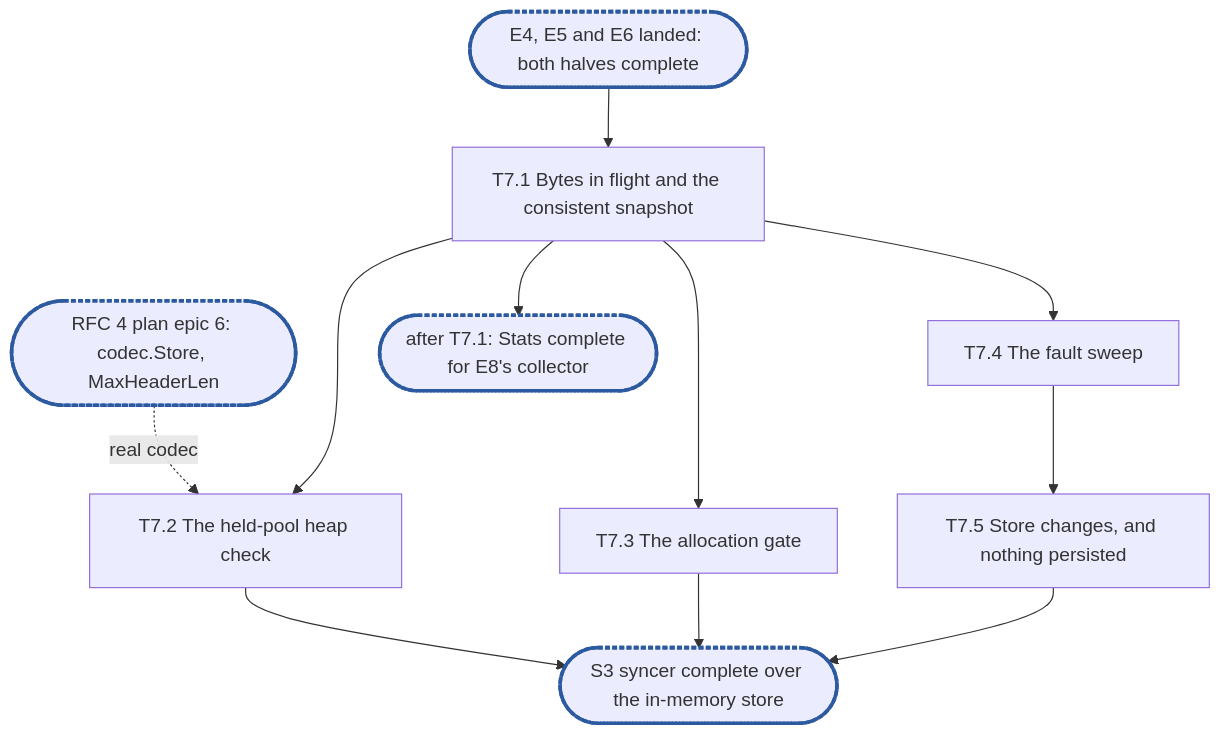
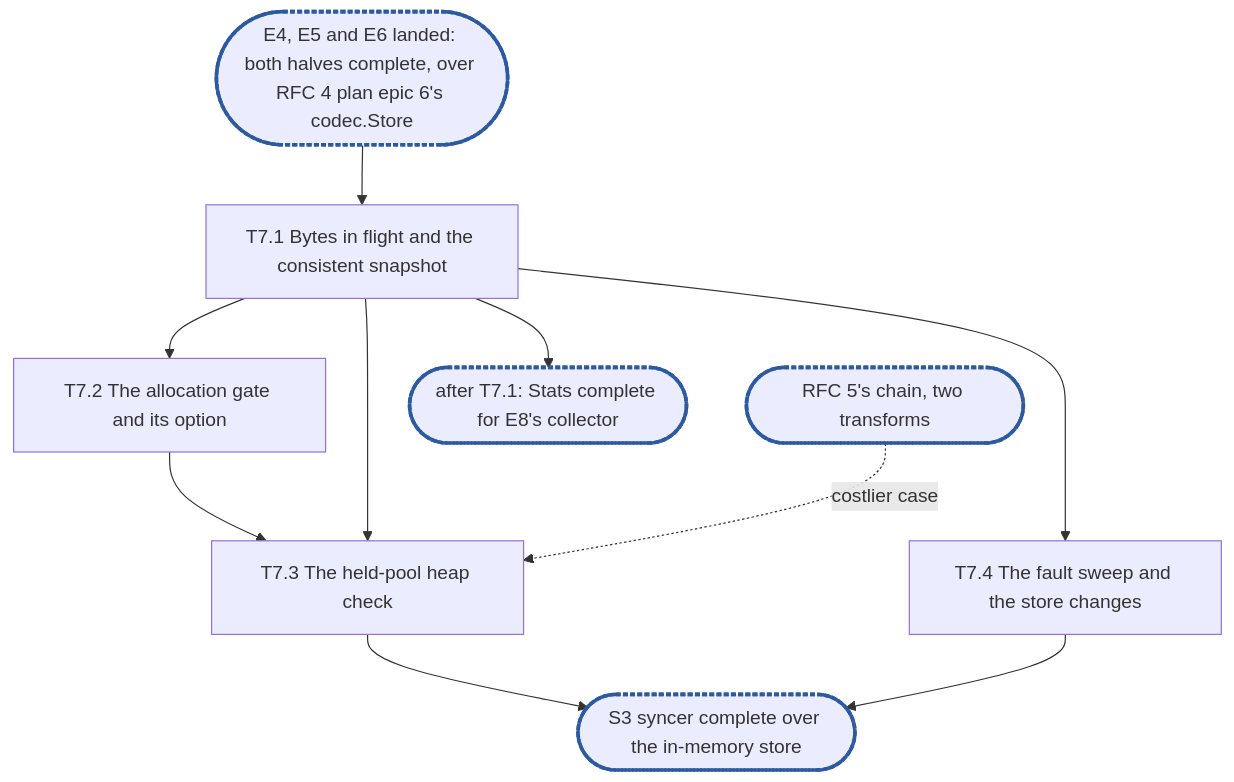
Before and after one commit to cubbit/dittofs: the diagram in .planning/rfc-3-syncer-epic7.md, drawn with Mermaid. The commit also changed other lines of this file, not shown here.

Commit message:
docs(planning): fold the review passes into RFC 3 epic 7

````diff
--- a/.planning/rfc-3-syncer-epic7.md
+++ b/.planning/rfc-3-syncer-epic7.md
@@ -464,12 +479,12 @@
 ```mermaid
 flowchart TD
-  X(["E4, E5 and E6 landed: both halves complete"]):::sync --> T7_1["T7.1 Bytes in flight and the consistent snapshot"]
-  C6(["RFC 4 plan epic 6: codec.Store, MaxHeaderLen"]):::sync -. "real codec" .-> T7_2
-  T7_1 --> T7_2["T7.2 The held-pool heap check"]
-  T7_1 --> T7_3["T7.3 The allocation gate"]
-  T7_1 --> T7_4["T7.4 The fault sweep"]
-  T7_4 --> T7_5["T7.5 Store changes, and nothing persisted"]
+  X(["E4, E5 and E6 landed: both halves complete, over RFC 4 plan epic 6's codec.Store"]):::sync --> T7_1["T7.1 Bytes in flight and the consistent snapshot"]
+  T7_1 --> T7_2["T7.2 The allocation gate and its option"]
+  T7_2 --> T7_3["T7.3 The held-pool heap check"]
+  T7_1 --> T7_3
+  C5(["RFC 5's chain, two transforms"]):::sync -. "costlier case" .-> T7_3
+  T7_1 --> T7_4["T7.4 The fault sweep and the store changes"]
   T7_1 --> K1(["after T7.1: Stats complete for E8's collector"]):::sync
-  T7_2 & T7_3 & T7_5 --> S3(["S3 syncer complete over the in-memory store"]):::sync
+  T7_3 & T7_4 --> S3(["S3 syncer complete over the in-memory store"]):::sync
   classDef sync stroke:#2c5aa0,stroke-width:3px,stroke-dasharray:4 2
 ```
````
